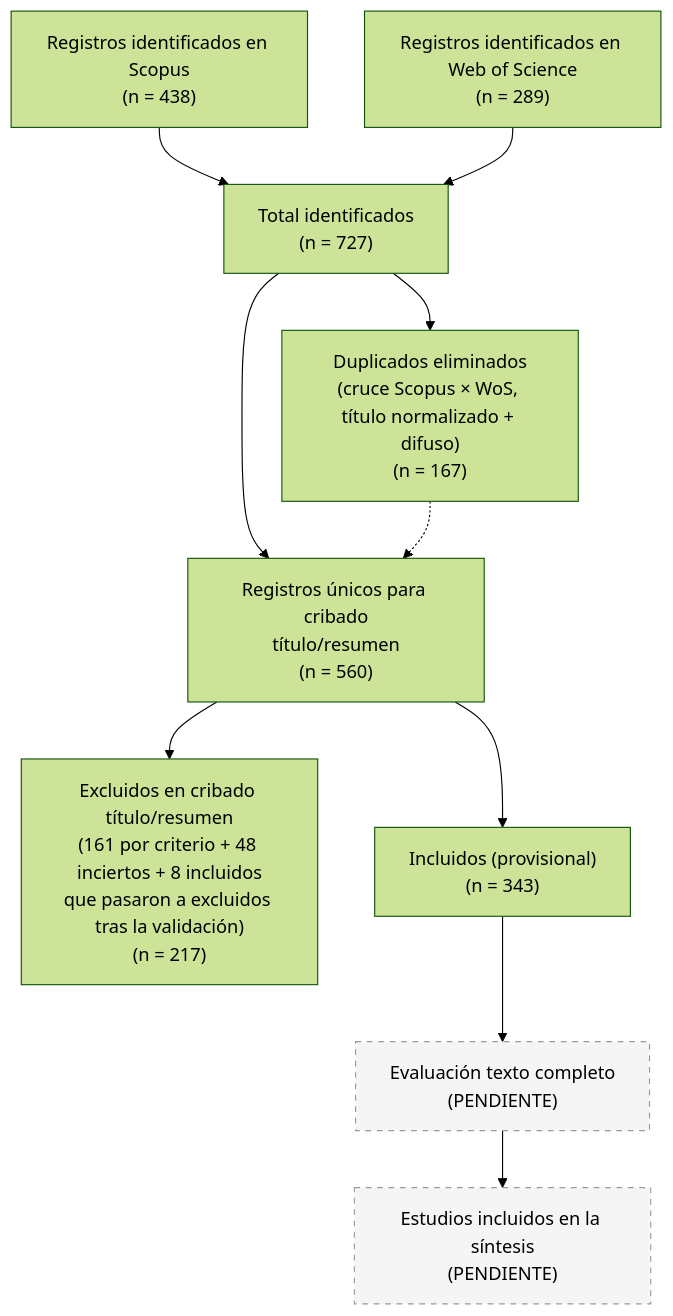
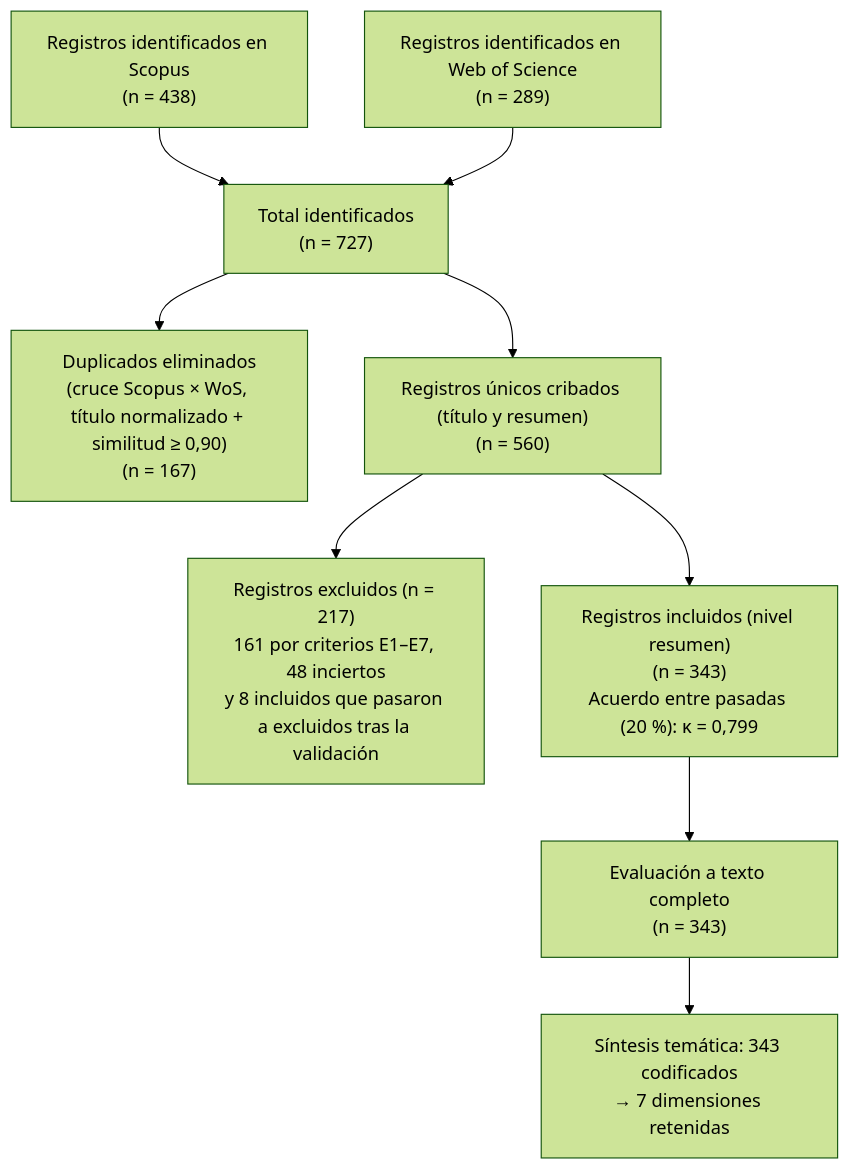
One commit to diegofqa1001/prisma-repo changed the diagram in 05-diagrama-flujo/diagrama-flujo.md. Above: the diagram before and after it, drawn with Mermaid (forest theme). The commit also changed other lines of this file and 5 other files, not shown here.

````diff
--- a/05-diagrama-flujo/diagrama-flujo.md
+++ b/05-diagrama-flujo/diagrama-flujo.md
@@ -17,15 +10,11 @@
 ```mermaid
 flowchart TD
     A["Registros identificados en Scopus\n(n = 438)"] --> C["Total identificados\n(n = 727)"]
     B["Registros identificados en Web of Science\n(n = 289)"] --> C
-    C --> D["Duplicados eliminados\n(cruce Scopus × WoS, título normalizado + difuso)\n(n = 167)"]
-    C --> E["Registros únicos para cribado\ntítulo/resumen\n(n = 560)"]
-    D -.-> E
-    E --> F["Excluidos en cribado título/resumen\n(161 por criterio + 48 inciertos + 8 incluidos\nque pasaron a excluidos tras la validación)\n(n = 217)"]
-    E --> G["Incluidos (provisional)\n(n = 343)"]
-    G --> H["Evaluación texto completo\n(PENDIENTE)"]
-    H --> I["Estudios incluidos en la síntesis\n(PENDIENTE)"]
-
-    style H fill:#f5f5f5,stroke:#999,stroke-dasharray: 5 5
-    style I fill:#f5f5f5,stroke:#999,stroke-dasharray: 5 5
+    C --> D["Duplicados eliminados\n(cruce Scopus × WoS, título normalizado + similitud ≥ 0,90)\n(n = 167)"]
+    C --> E["Registros únicos cribados (título y resumen)\n(n = 560)"]
+    E --> F["Registros excluidos (n = 217)\n161 por criterios E1–E7, 48 inciertos\ny 8 incluidos que pasaron a excluidos tras la validación"]
+    E --> G["Registros incluidos (nivel resumen)\n(n = 343)\nAcuerdo entre pasadas (20 %): κ = 0,799"]
+    G --> H["Evaluación a texto completo\n(n = 343)"]
+    H --> I["Síntesis temática: 343 codificados\n→ 7 dimensiones retenidas"]
 ```
````
